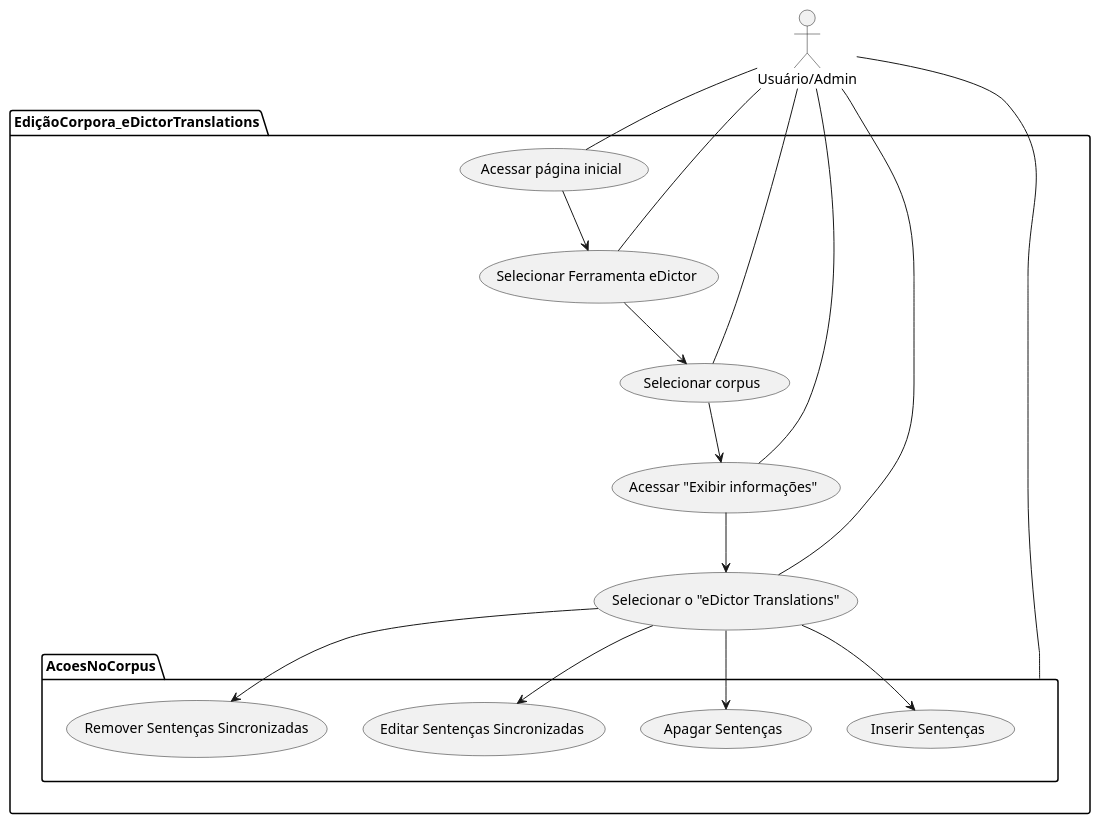
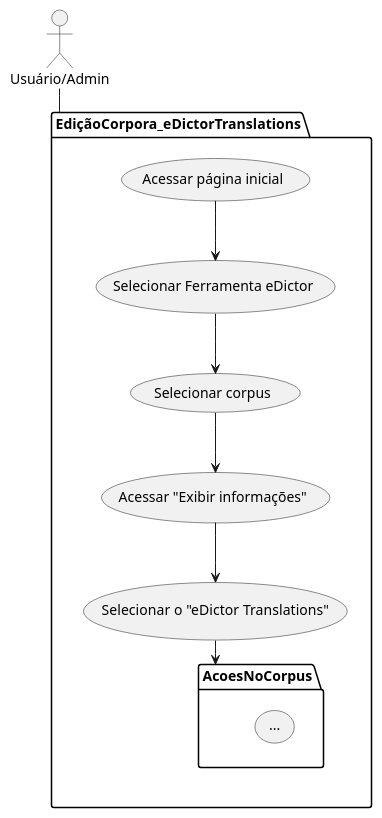
One commit to tycho-brahe-platform/tutorials changed the diagram in diagrams/subcaso_6.01.1_edicao_corpora.wsd. Above: the diagram before and after it, drawn with PlantUML. The commit also changed 5 other files, not shown here.

```diff
--- a/diagrams/subcaso_6.01.1_edicao_corpora.wsd
+++ b/diagrams/subcaso_6.01.1_edicao_corpora.wsd
@@ -1,30 +1,20 @@
 @startuml "Caso de uso 6.01 - Edição dos corpora"
 
 actor "Usuário/Admin" as User 
-
+User -- EdiçãoCorpora_eDictorTranslations
 package EdiçãoCorpora_eDictorTranslations  {
          (Acessar página inicial)-->(Selecionar Ferramenta eDictor)
          (Selecionar Ferramenta eDictor)-->(Selecionar corpus)
          (Selecionar corpus)-->(Acessar "Exibir informações")
          (Acessar "Exibir informações")-->(Selecionar o "eDictor Translations")
          
          package AcoesNoCorpus as Acoes{
             
-         (Selecionar o "eDictor Translations")-->(Inserir Sentenças)
-         (Selecionar o "eDictor Translations")-->(Apagar Sentenças)
-         (Selecionar o "eDictor Translations")--> (Editar Sentenças Sincronizadas)
-         (Selecionar o "eDictor Translations")-->(Remover Sentenças Sincronizadas)
-}
-
+         (...)
 
         
 }
+(Selecionar o "eDictor Translations")-->Acoes
+ 
 
- 
-User -- (Acessar página inicial)
-User -- (Selecionar Ferramenta eDictor)
-User--(Selecionar corpus)
-User--(Acessar "Exibir informações")
-User--(Selecionar o "eDictor Translations")
-User -- (Acoes)
 @enduml
```
